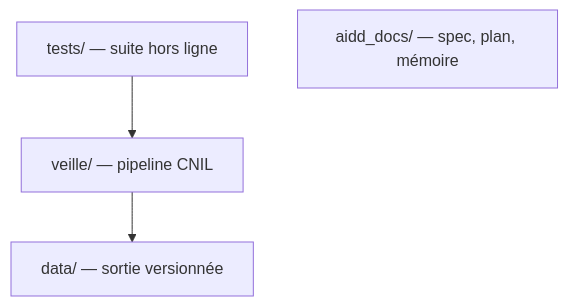
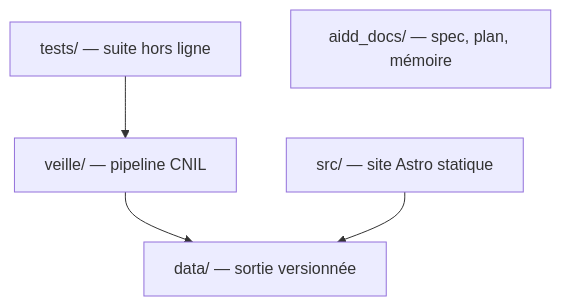
The diagram in aidd_docs/memory/codebase-map.md (Beccariavf/vitrine), drawn with Mermaid before and after one commit. The commit also changed other lines of this file and 2 other files, not shown here.

First line of the commit message:
docs(memory): record the site area and the reader tests

````diff
--- a/aidd_docs/memory/codebase-map.md
+++ b/aidd_docs/memory/codebase-map.md
@@ -5,6 +5,7 @@
 ```mermaid
 flowchart TD
     CLI["veille/ — pipeline CNIL"] --> DATA["data/ — sortie versionnée"]
     TESTS["tests/ — suite hors ligne"] --> CLI
+    SRC["src/ — site Astro statique"] --> DATA
     DOCS["aidd_docs/ — spec, plan, mémoire"]
 ```
````
